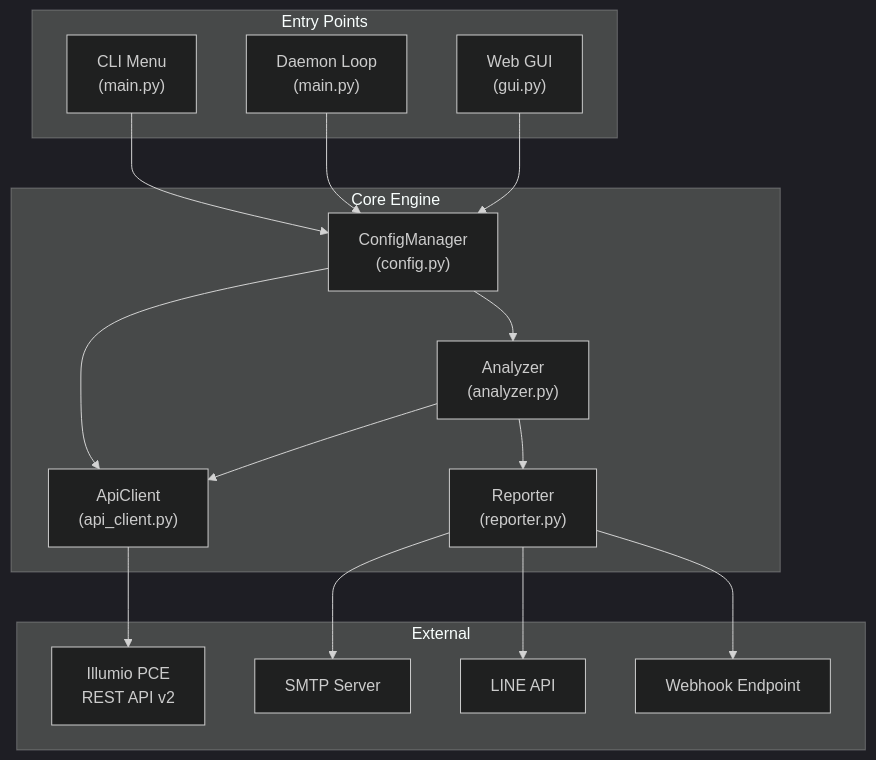
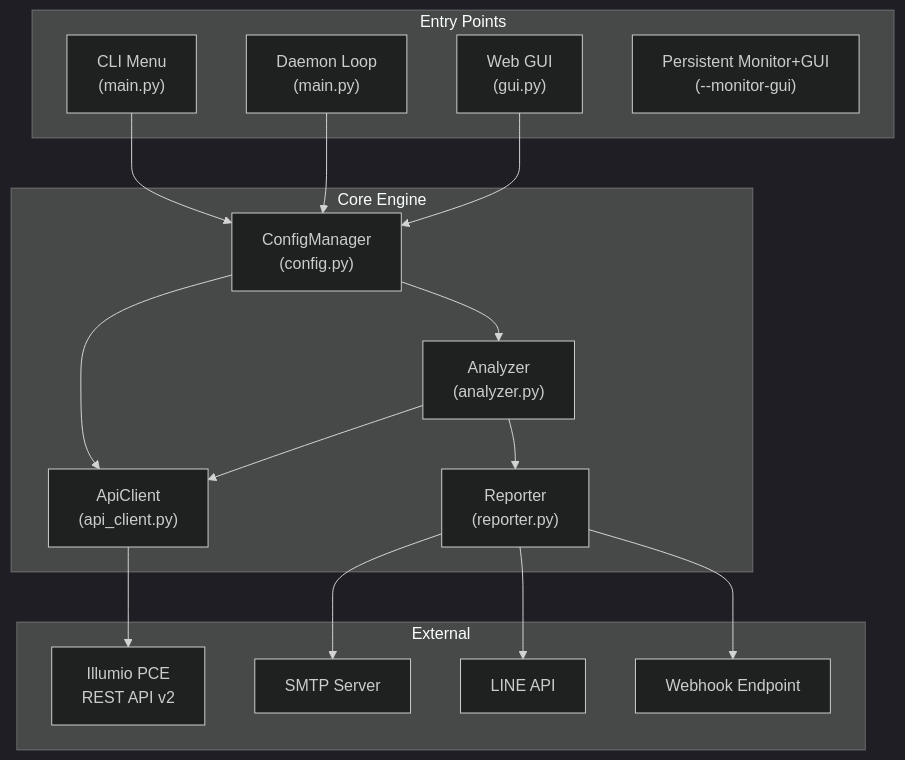
Before and after one commit to harry10148/illumio_ops: the first of 2 diagrams in docs/Project_Architecture.md, drawn with Mermaid (dark theme). The commit also changed other lines of this file and 15 other files, not shown here.

Commit message:
feat: implement persistent daemon mode with integrated Web GUI, authentication, and IP allowlisting security features

````diff
--- a/docs/Project_Architecture.md
+++ b/docs/Project_Architecture.md
@@ -9,34 +9,35 @@
 ```mermaid
 graph TB
     subgraph Entry["Entry Points"]
         CLI["CLI Menu<br/>(main.py)"]
         DAEMON["Daemon Loop<br/>(main.py)"]
         GUI["Web GUI<br/>(gui.py)"]
+        PERSIST["Persistent Monitor+GUI<br/>(--monitor-gui)"]
     end
 
     subgraph Core["Core Engine"]
         CFG["ConfigManager<br/>(config.py)"]
         API["ApiClient<br/>(api_client.py)"]
         ANA["Analyzer<br/>(analyzer.py)"]
         REP["Reporter<br/>(reporter.py)"]
     end
 
     subgraph External["External"]
         PCE["Illumio PCE<br/>REST API v2"]
         SMTP_SVC["SMTP Server"]
         LINE_SVC["LINE API"]
         HOOK_SVC["Webhook Endpoint"]
     end
 
     CLI --> CFG
     DAEMON --> CFG
     GUI --> CFG
     CFG --> API
     API --> PCE
     CFG --> ANA
     ANA --> API
     ANA --> REP
     REP --> SMTP_SVC
     REP --> LINE_SVC
     REP --> HOOK_SVC
 ```
````
